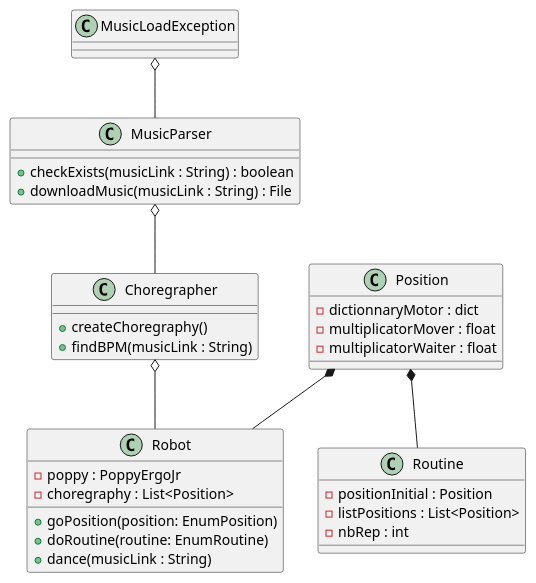
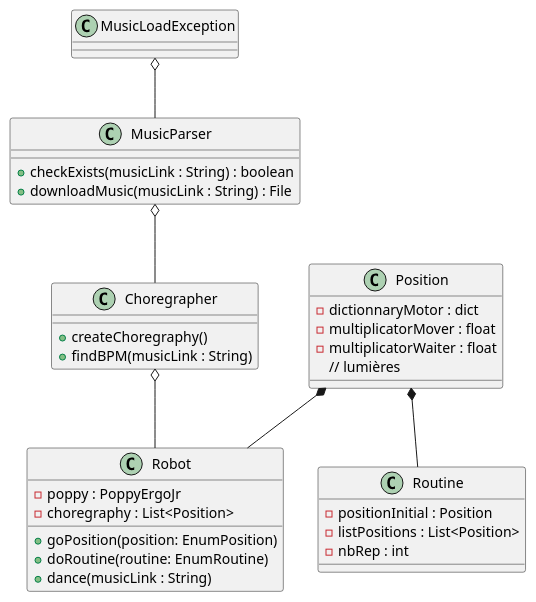
One commit to MamaBallou/poppy_challenge changed the diagram in Diagrammes/Classes.plantuml. Above: the diagram before and after it, drawn with PlantUML. The commit also changed 2 other files, not shown here.

```diff
--- a/Diagrammes/Classes.plantuml
+++ b/Diagrammes/Classes.plantuml
@@ -1,39 +1,40 @@
 @startuml Classes Poppy
     class Position {
         - dictionnaryMotor : dict
         - multiplicatorMover : float
         - multiplicatorWaiter : float
+        // lumières
     }
 
     class Robot {
         - poppy : PoppyErgoJr
         - choregraphy : List<Position>
 
         + goPosition(position: EnumPosition)
         + doRoutine(routine: EnumRoutine)
         + dance(musicLink : String)
     }
     Position *-- Robot
 
     class Routine {
         - positionInitial : Position
         - listPositions : List<Position>
         - nbRep : int
     }
     Position *-- Routine
 
     class Choregrapher {
         + createChoregraphy()
         + findBPM(musicLink : String)
     }
     Choregrapher o-- Robot
 
     class MusicParser {
         + checkExists(musicLink : String) : boolean
         + downloadMusic(musicLink : String) : File
     }
     MusicParser o-- Choregrapher
 
     class MusicLoadException
     MusicLoadException o-- MusicParser
 @enduml
```
